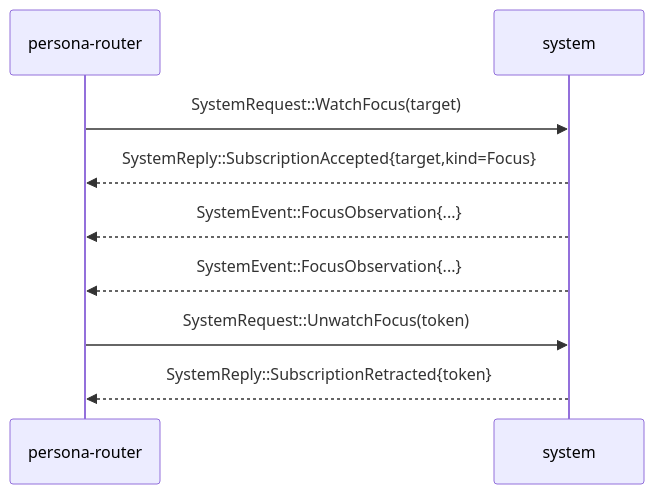
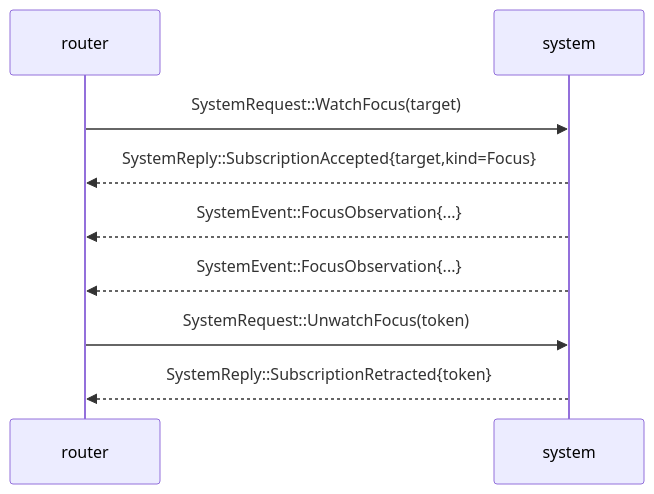
Before and after one commit to LiGoldragon/signal-system: the diagram in ARCHITECTURE.md, drawn with Mermaid. The commit also changed other lines of this file and 8 other files, not shown here.

````diff
--- a/ARCHITECTURE.md
+++ b/ARCHITECTURE.md
@@ -107,12 +104,12 @@
 ```mermaid
 sequenceDiagram
-    participant Router as persona-router
+    participant Router as router
     participant System as system
 
     Router->>System: SystemRequest::WatchFocus(target)
     System-->>Router: SystemReply::SubscriptionAccepted{target,kind=Focus}
     System-->>Router: SystemEvent::FocusObservation{...}
     System-->>Router: SystemEvent::FocusObservation{...}
     Router->>System: SystemRequest::UnwatchFocus(token)
     System-->>Router: SystemReply::SubscriptionRetracted{token}
 ```
````
